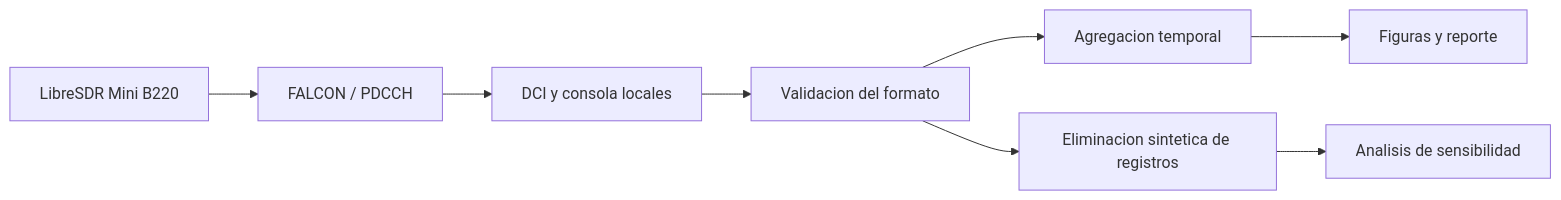
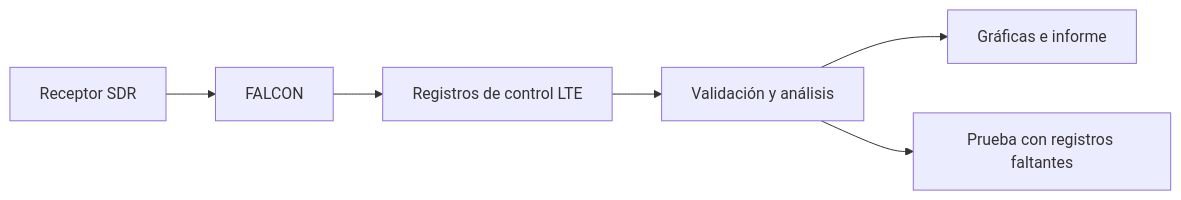
One commit to Josueeeoo-0/lte-observatory-sdr-falcon changed the diagram in README.md. Above: the diagram before and after it, drawn with Mermaid. The commit also changed other lines of this file and 18 other files, not shown here.

````diff
--- a/README.md
+++ b/README.md
@@ -11,10 +11,8 @@
 ```mermaid
 flowchart LR
-    A[LibreSDR Mini B220] --> B[FALCON / PDCCH]
-    B --> C[DCI y consola locales]
-    C --> D[Validacion del formato]
-    D --> E[Agregacion temporal]
-    E --> F[Figuras y reporte]
-    D --> G[Eliminacion sintetica de registros]
-    G --> H[Analisis de sensibilidad]
+    A[Receptor SDR] --> B[FALCON]
+    B --> C[Registros de control LTE]
+    C --> D[Validación y análisis]
+    D --> E[Gráficas e informe]
+    D --> F[Prueba con registros faltantes]
 ```
````
